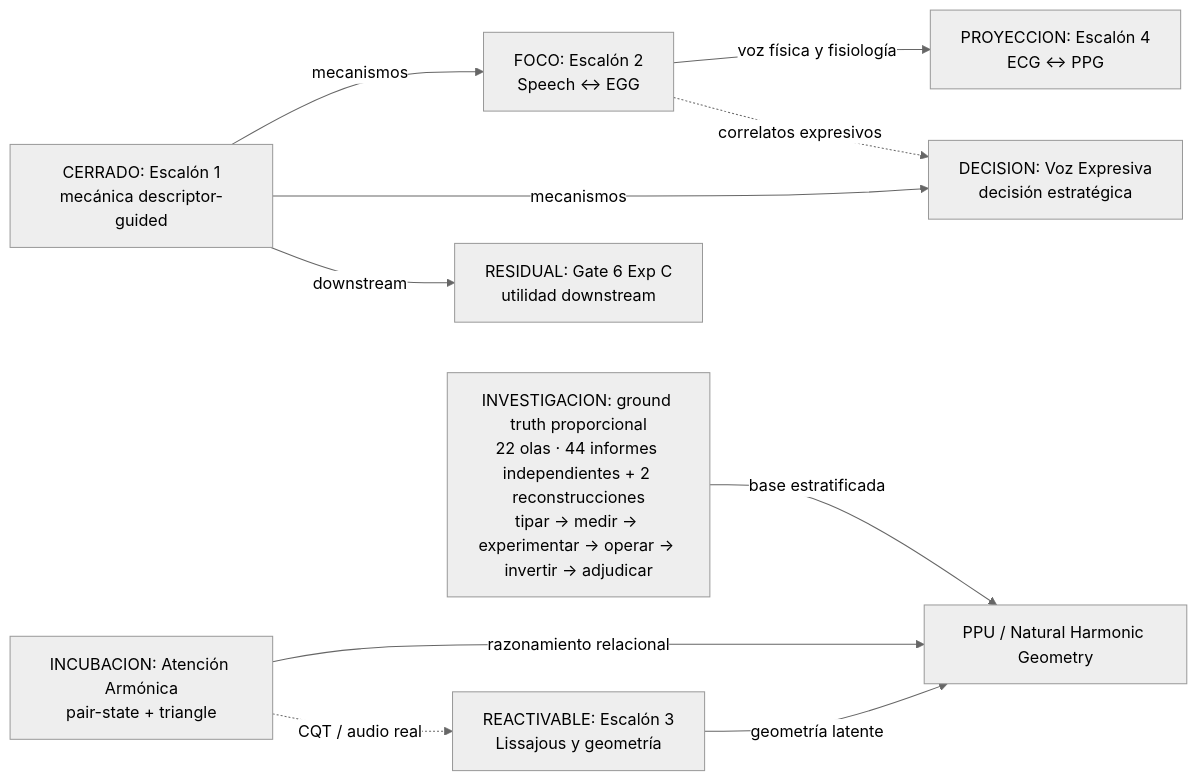
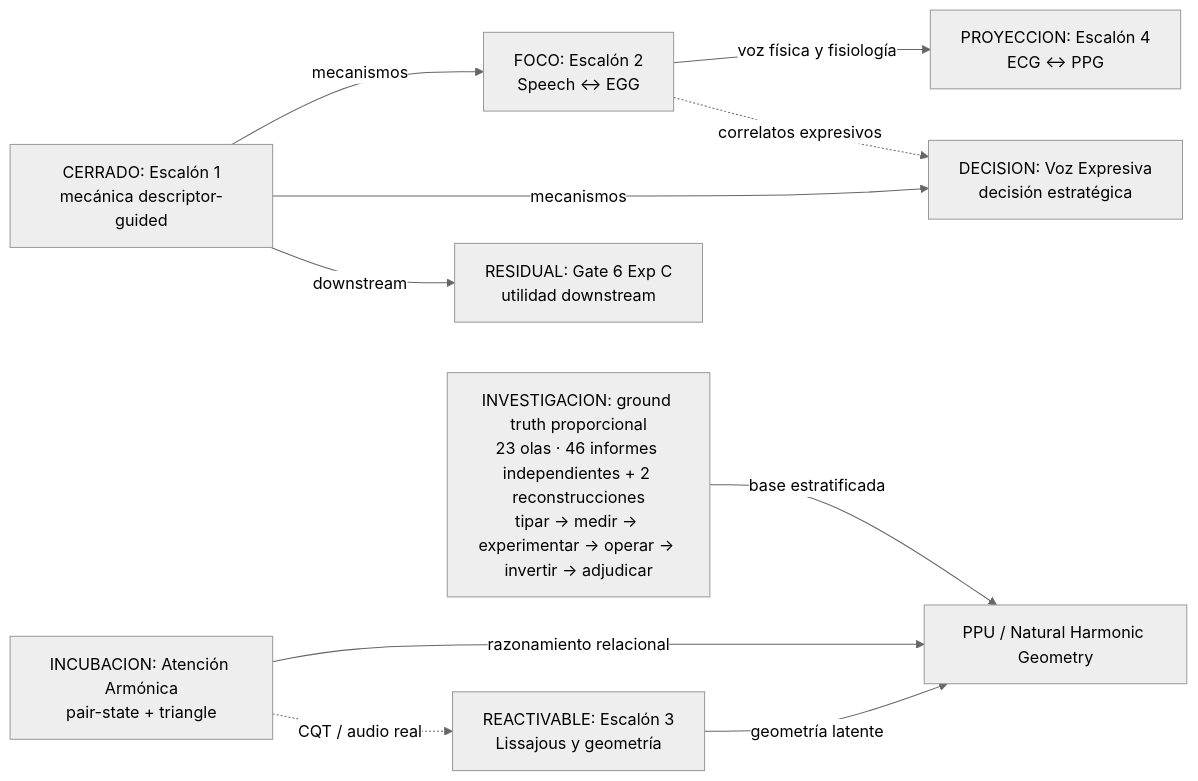
The first of 2 diagrams in Documents/05_WIKI/MAPA_VISUAL_DEL_PROGRAMA.md (Mar-IA-no/Phideus), drawn with Mermaid (neutral theme) before and after one commit. The commit also changed other lines of this file and 9 other files, not shown here.

````diff
--- a/Documents/05_WIKI/MAPA_VISUAL_DEL_PROGRAMA.md
+++ b/Documents/05_WIKI/MAPA_VISUAL_DEL_PROGRAMA.md
@@ -36,22 +36,22 @@
 ```mermaid
 flowchart LR
     E1["CERRADO: Escalón 1<br/>mecánica descriptor-guided"]
     G6["RESIDUAL: Gate 6 Exp C<br/>utilidad downstream"]
     E2["FOCO: Escalón 2<br/>Speech ↔ EGG"]
     VE["DECISION: Voz Expresiva<br/>decisión estratégica"]
     E3["REACTIVABLE: Escalón 3<br/>Lissajous y geometría"]
     AA["INCUBACION: Atención Armónica<br/>pair-state + triangle"]
     E4["PROYECCION: Escalón 4<br/>ECG ↔ PPG"]
     PPU["PPU / Natural Harmonic Geometry"]
-    GT["INVESTIGACION: ground truth proporcional<br/>22 olas · 44 informes independientes + 2 reconstrucciones<br/>tipar → medir → experimentar → operar → invertir → adjudicar"]
+    GT["INVESTIGACION: ground truth proporcional<br/>23 olas · 46 informes independientes + 2 reconstrucciones<br/>tipar → medir → experimentar → operar → invertir → adjudicar"]
 
     E1 -->|mecanismos| E2
     E1 -->|mecanismos| VE
     E1 -->|downstream| G6
     E2 -->|voz física y fisiología| E4
     E2 -.->|correlatos expresivos| VE
     E3 -->|geometría latente| PPU
     AA -->|razonamiento relacional| PPU
     GT -->|base estratificada| PPU
     AA -.->|CQT / audio real| E3
 ```
````
